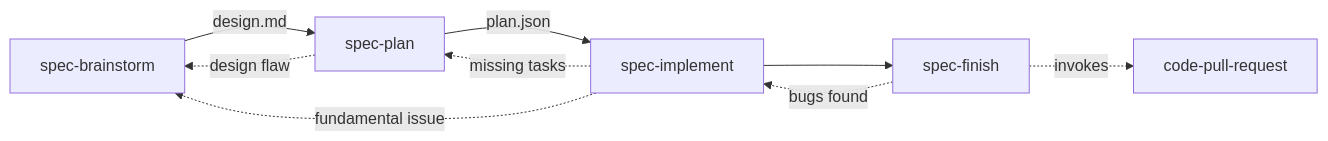
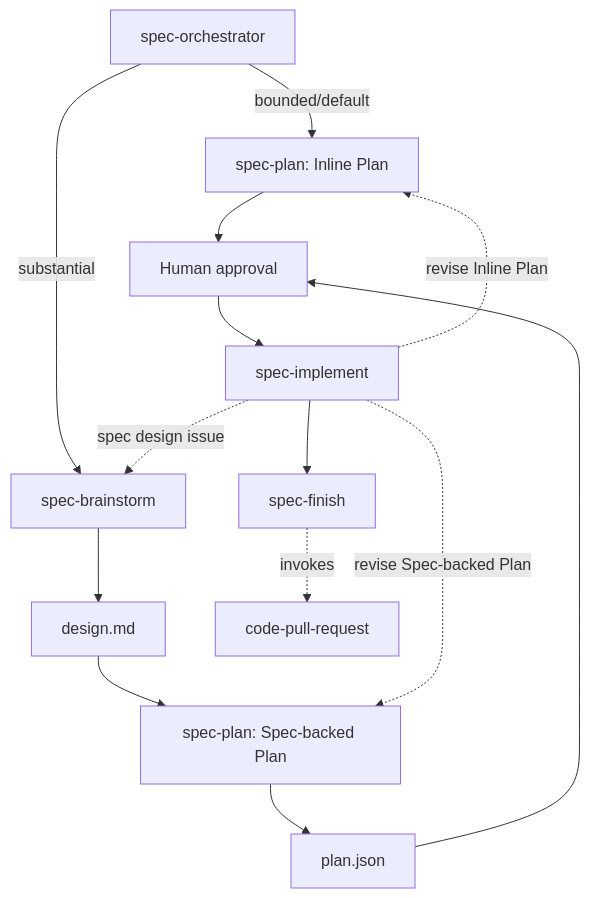
One commit to martinffx/atelier changed the diagram in README.md. Above: the diagram before and after it, drawn with Mermaid. The commit also changed other lines of this file and 14 other files, not shown here.

````diff
--- a/README.md
+++ b/README.md
@@ -242,12 +244,16 @@
 ```mermaid
-graph LR
-    A[spec-brainstorm] -->|design.md| B[spec-plan]
-    B -->|plan.json| C[spec-implement]
-    C --> D[spec-finish]
-    D -.->|invokes| E[code-pull-request]
-    
-    B -.->|design flaw| A
-    C -.->|missing tasks| B
-    C -.->|fundamental issue| A
-    D -.->|bugs found| C
+graph TB
+    O[spec-orchestrator] -->|bounded/default| PI[spec-plan: Inline Plan]
+    O -->|substantial| B[spec-brainstorm]
+    B --> D[design.md]
+    D --> PS[spec-plan: Spec-backed Plan]
+    PS --> J[plan.json]
+    PI --> A[Human approval]
+    J --> A
+    A --> I[spec-implement]
+    I --> F[spec-finish]
+    F -.->|invokes| PR[code-pull-request]
+    I -.->|revise Inline Plan| PI
+    I -.->|revise Spec-backed Plan| PS
+    I -.->|spec design issue| B
 ```
````
